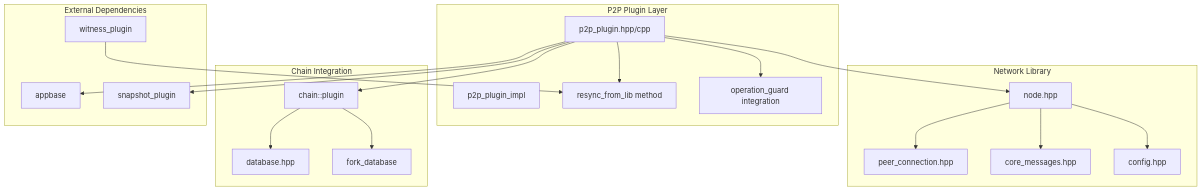
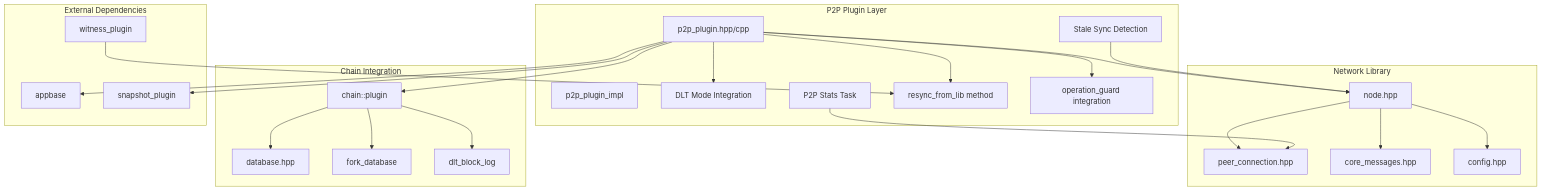
Before and after one commit to VIZ-Blockchain/viz-cpp-node: the first of 25 diagrams in .qoder/repowiki/en/content/P2p Plugin.md, drawn with Mermaid. The commit also changed other lines of this file and 4 other files, not shown here.

First line of the commit message:
feat(dlt_block_log): add comprehensive block range management and enhanced P2P sync

````diff
--- a/.qoder/repowiki/en/content/P2p Plugin.md
+++ b/.qoder/repowiki/en/content/P2p Plugin.md
@@ -56,37 +63,45 @@
 ```mermaid
 graph TB
 subgraph "P2P Plugin Layer"
 P2P[p2p_plugin.hpp/cpp]
 Impl[p2p_plugin_impl]
+DLT[DLT Mode Integration]
+Stats[P2P Stats Task]
+Stale[Stale Sync Detection]
 Resync[resync_from_lib method]
 Guard[operation_guard integration]
 end
 subgraph "Network Library"
 Node[node.hpp]
 PeerConn[peer_connection.hpp]
 Messages[core_messages.hpp]
 Config[config.hpp]
 end
 subgraph "Chain Integration"
 Chain[chain::plugin]
 Database[database.hpp]
 ForkDB[fork_database]
+DLTLog[dlt_block_log]
 end
 subgraph "External Dependencies"
 AppBase[appbase]
 Snapshot[snapshot_plugin]
 Witness[witness_plugin]
 end
 P2P --> Node
 P2P --> Chain
 P2P --> AppBase
 P2P --> Snapshot
 P2P --> Resync
 P2P --> Guard
+P2P --> DLT
 Node --> PeerConn
 Node --> Messages
 Node --> Config
 Chain --> Database
 Chain --> ForkDB
+Chain --> DLTLog
 Witness --> Resync
+Stats --> PeerConn
+Stale --> Node
 ```
````
